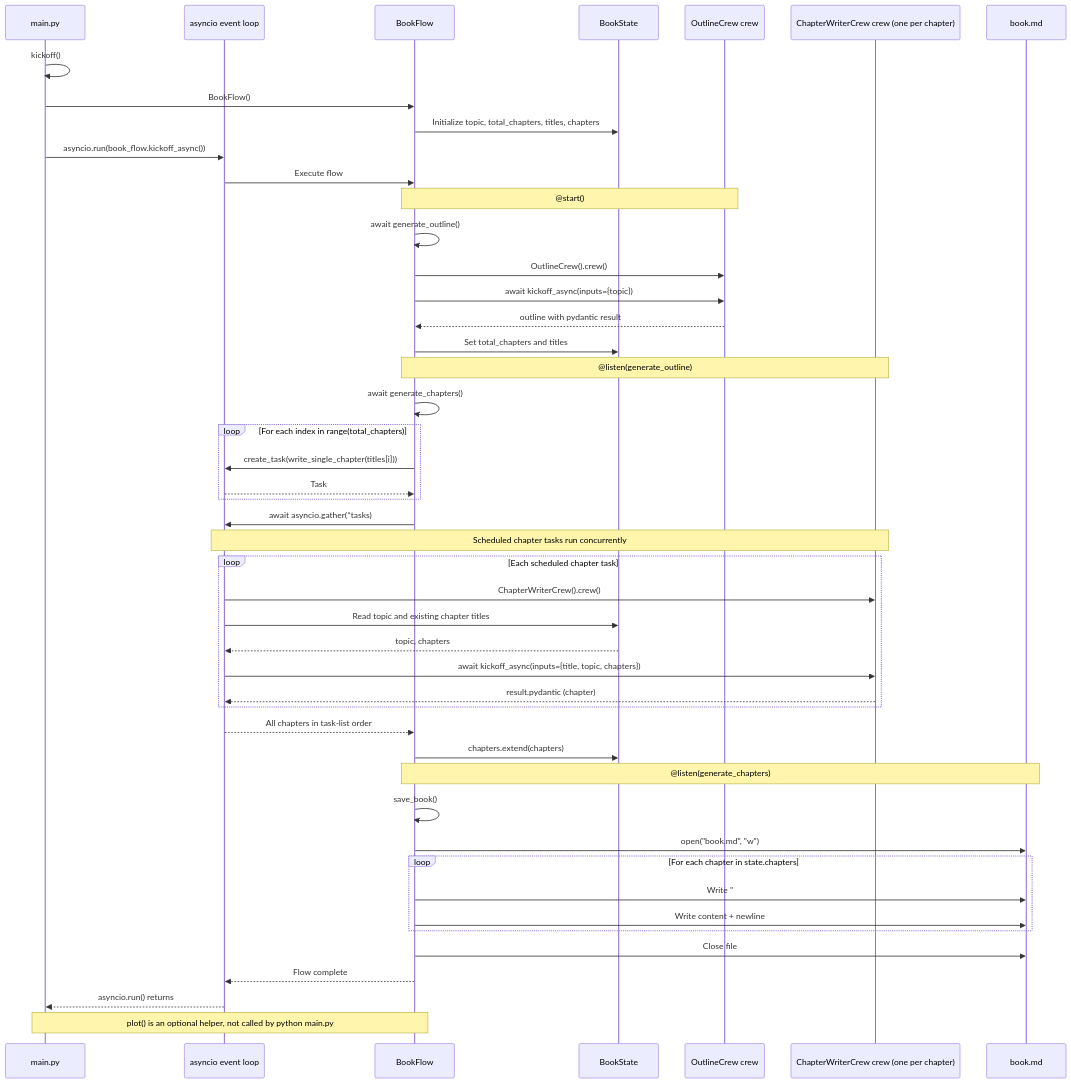
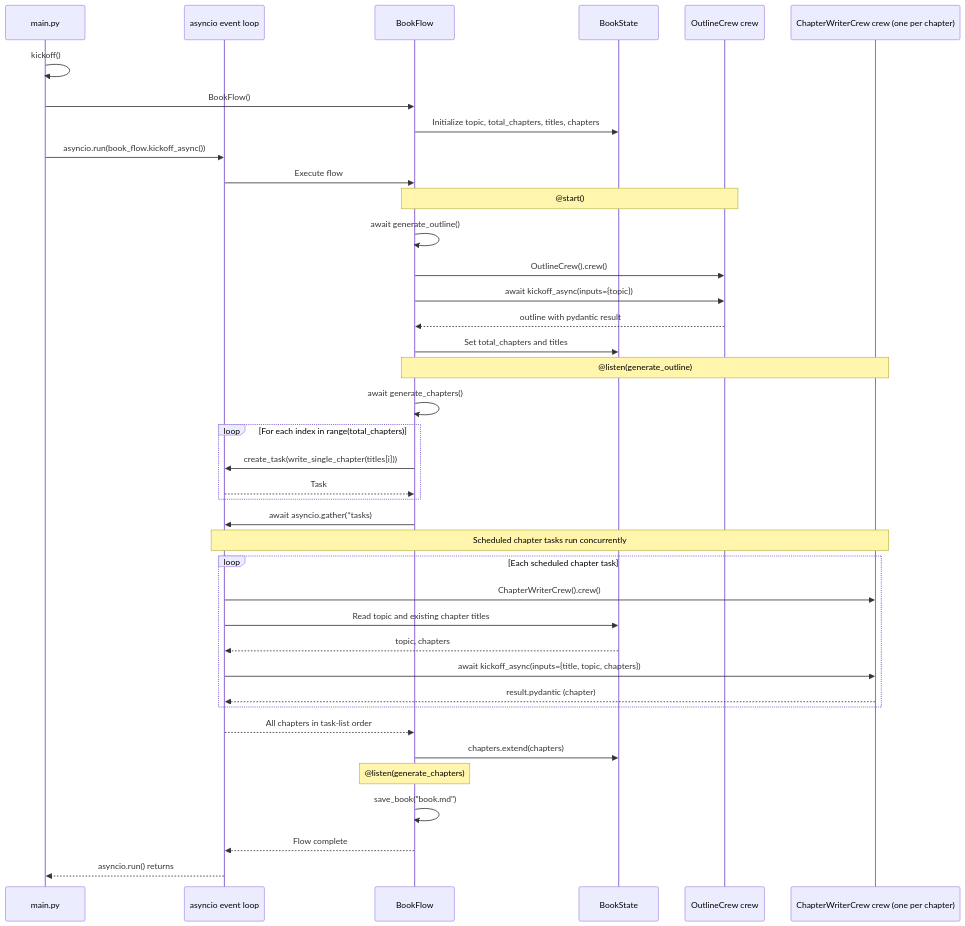
The diagram in AI-Agents-The-Illustrated-GuideBook/3.AI Agents Projects/9.Multi-agent Book Writer.md (mkader/AI-Agents), drawn with Mermaid before and after one commit.

Commit message:
Refactor book saving process in Multi-agent Writer
Removed file handling for writing chapters directly to 'book.md' and updated save_book method to accept filename as an argument.

````diff
--- a/AI-Agents-The-Illustrated-GuideBook/3.AI Agents Projects/9.Multi-agent Book Writer.md
+++ b/AI-Agents-The-Illustrated-GuideBook/3.AI Agents Projects/9.Multi-agent Book Writer.md
@@ -34,53 +34,45 @@
 ```mermaid
 sequenceDiagram
     participant Main as main.py
     participant EventLoop as asyncio event loop
     participant Flow as BookFlow
     participant State as BookState
     participant Outline as OutlineCrew crew
     participant Writer as ChapterWriterCrew crew (one per chapter)
-    participant File as book.md
-
+ 
     Main->>Main: kickoff()
     Main->>Flow: BookFlow()
     Flow->>State: Initialize topic, total_chapters, titles, chapters
     Main->>EventLoop: asyncio.run(book_flow.kickoff_async())
     EventLoop->>Flow: Execute flow
 
     Note over Flow,Outline: @start()
     Flow->>Flow: await generate_outline()
     Flow->>Outline: OutlineCrew().crew()
     Flow->>Outline: await kickoff_async(inputs={topic})
     Outline-->>Flow: outline with pydantic result
     Flow->>State: Set total_chapters and titles
 
     Note over Flow,Writer: @listen(generate_outline)
     Flow->>Flow: await generate_chapters()
     loop For each index in range(total_chapters)
         Flow->>EventLoop: create_task(write_single_chapter(titles[i]))
         EventLoop-->>Flow: Task
     end
     Flow->>EventLoop: await asyncio.gather(*tasks)
     Note over EventLoop,Writer: Scheduled chapter tasks run concurrently
     loop Each scheduled chapter task
         EventLoop->>Writer: ChapterWriterCrew().crew()
         EventLoop->>State: Read topic and existing chapter titles
         State-->>EventLoop: topic, chapters
         EventLoop->>Writer: await kickoff_async(inputs={title, topic, chapters})
         Writer-->>EventLoop: result.pydantic (chapter)
     end
     EventLoop-->>Flow: All chapters in task-list order
     Flow->>State: chapters.extend(chapters)
 
-    Note over Flow,File: @listen(generate_chapters)
-    Flow->>Flow: save_book()
-    Flow->>File: open("book.md", "w")
-    loop For each chapter in state.chapters
-        Flow->>File: Write "# " + title + newline
-        Flow->>File: Write content + newline
-    end
-    Flow->>File: Close file
+    Note over Flow: @listen(generate_chapters)
+    Flow->>Flow: save_book("book.md")
     Flow-->>EventLoop: Flow complete
     EventLoop-->>Main: asyncio.run() returns
-    Note over Main,Flow: plot() is an optional helper, not called by python main.py
 ```
````
